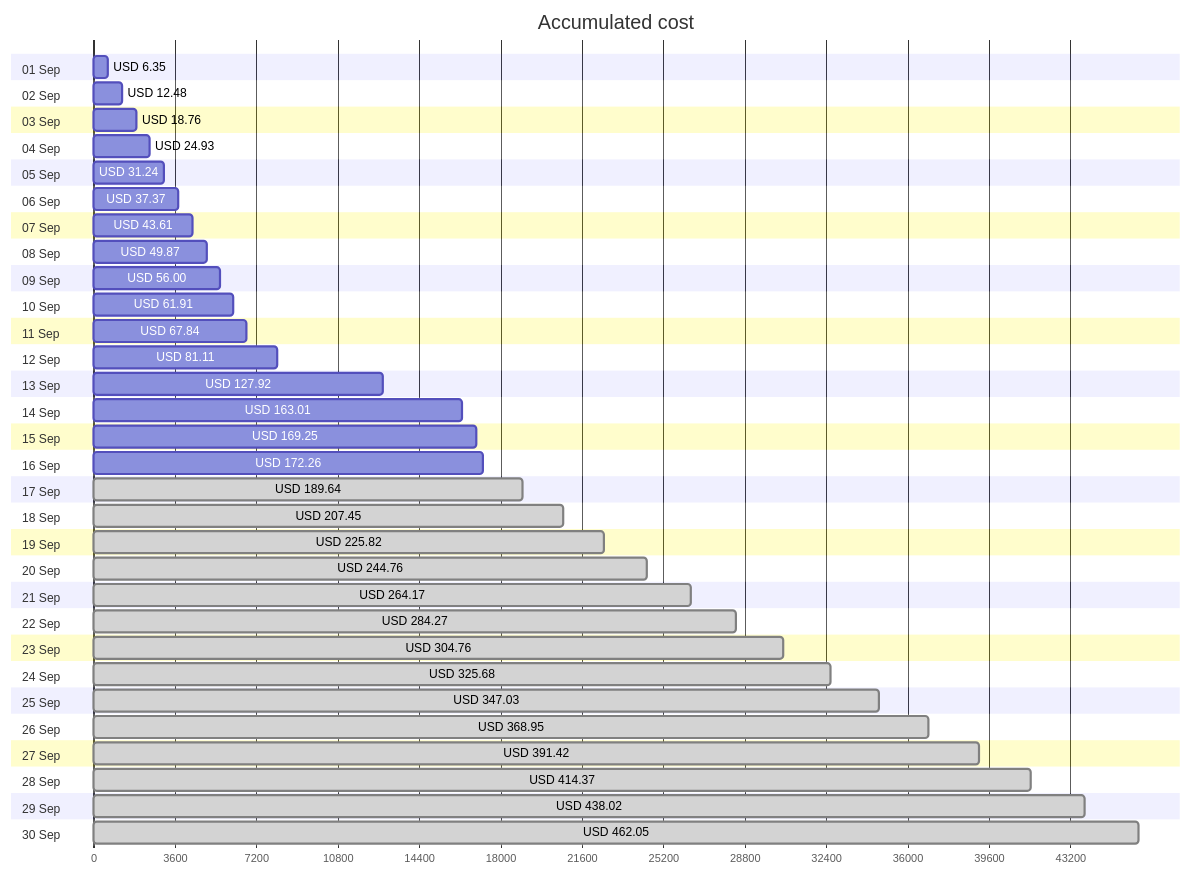
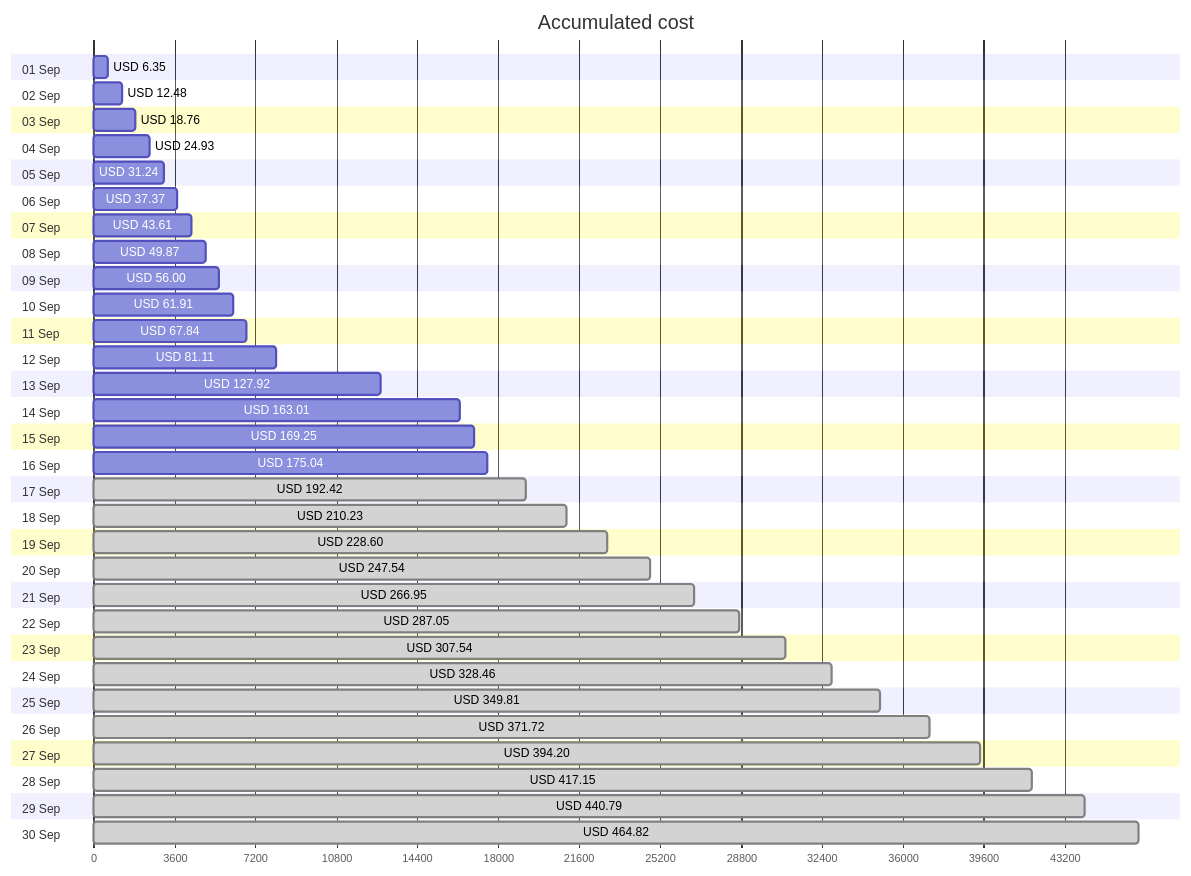
The first of 4 diagrams in cost-reports/accumulated-cost.md (jpfulton/azure-personal-reports), drawn with Mermaid before and after one commit. The commit also changed other lines of this file and 3 other files, not shown here.

````diff
--- a/cost-reports/accumulated-cost.md
+++ b/cost-reports/accumulated-cost.md
@@ -20,66 +20,66 @@
 ```mermaid
 gantt
    title Accumulated cost
    dateFormat  X
    axisFormat %s
    section 01 Sep
    USD 6.35 :0, 635
    section 02 Sep
    USD 12.48 :0, 1248
    section 03 Sep
    USD 18.76 :0, 1876
    section 04 Sep
    USD 24.93 :0, 2493
    section 05 Sep
    USD 31.24 :0, 3124
    section 06 Sep
    USD 37.37 :0, 3737
    section 07 Sep
    USD 43.61 :0, 4361
    section 08 Sep
    USD 49.87 :0, 4987
    section 09 Sep
    USD 56.00 :0, 5600
    section 10 Sep
    USD 61.91 :0, 6191
    section 11 Sep
    USD 67.84 :0, 6784
    section 12 Sep
    USD 81.11 :0, 8111
    section 13 Sep
    USD 127.92 :0, 12792
    section 14 Sep
    USD 163.01 :0, 16301
    section 15 Sep
    USD 169.25 :0, 16925
    section 16 Sep
-   USD 172.26 :0, 17226
+   USD 175.04 :0, 17504
    section 17 Sep
-   USD 189.64 : done, 0, 18964
+   USD 192.42 : done, 0, 19242
    section 18 Sep
-   USD 207.45 : done, 0, 20745
+   USD 210.23 : done, 0, 21023
    section 19 Sep
-   USD 225.82 : done, 0, 22582
+   USD 228.60 : done, 0, 22860
    section 20 Sep
-   USD 244.76 : done, 0, 24476
+   USD 247.54 : done, 0, 24754
    section 21 Sep
-   USD 264.17 : done, 0, 26417
+   USD 266.95 : done, 0, 26695
    section 22 Sep
-   USD 284.27 : done, 0, 28427
+   USD 287.05 : done, 0, 28705
    section 23 Sep
-   USD 304.76 : done, 0, 30476
+   USD 307.54 : done, 0, 30754
    section 24 Sep
-   USD 325.68 : done, 0, 32568
+   USD 328.46 : done, 0, 32846
    section 25 Sep
-   USD 347.03 : done, 0, 34703
+   USD 349.81 : done, 0, 34981
    section 26 Sep
-   USD 368.95 : done, 0, 36895
+   USD 371.72 : done, 0, 37172
    section 27 Sep
-   USD 391.42 : done, 0, 39142
+   USD 394.20 : done, 0, 39420
    section 28 Sep
-   USD 414.37 : done, 0, 41437
+   USD 417.15 : done, 0, 41715
    section 29 Sep
-   USD 438.02 : done, 0, 43802
+   USD 440.79 : done, 0, 44079
    section 30 Sep
-   USD 462.05 : done, 0, 46205
+   USD 464.82 : done, 0, 46482
 ```
````
